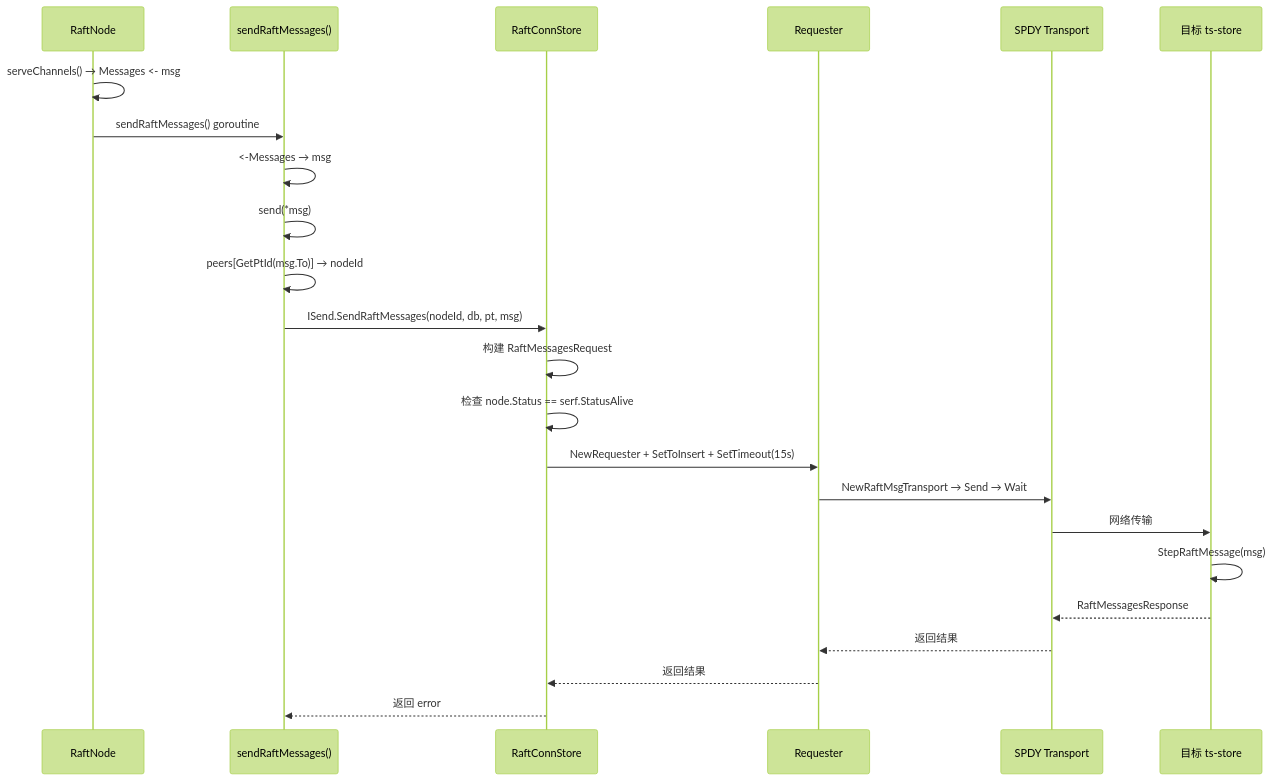
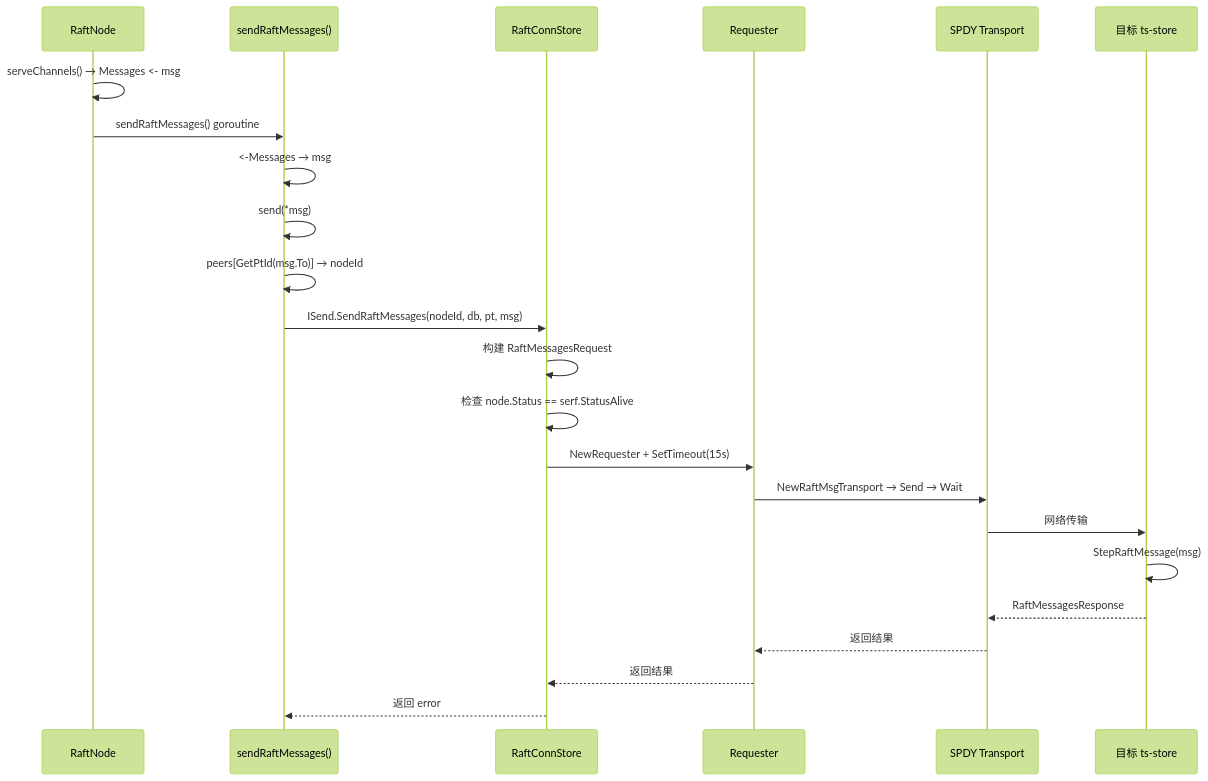
Before and after one commit to stefanv5/openGemini: the sixth of 9 diagrams in docs/specs/33_raftconn_spec.md, drawn with Mermaid (forest theme). The commit also changed other lines of this file and 37 other files, not shown here.

````diff
--- a/docs/specs/33_raftconn_spec.md
+++ b/docs/specs/33_raftconn_spec.md
@@ -654,29 +695,29 @@
 ```mermaid
 sequenceDiagram
     participant RN as RaftNode
     participant Send as sendRaftMessages()
     participant RFS as RaftConnStore
     participant Req as Requester
     participant SP as SPDY Transport
     participant Target as 目标 ts-store
 
     RN->>RN: serveChannels() → Messages <- msg
     RN->>Send: sendRaftMessages() goroutine
     Send->>Send: <-Messages → msg
     Send->>Send: send(*msg)
 
     Send->>Send: peers[GetPtId(msg.To)] → nodeId
     Send->>RFS: ISend.SendRaftMessages(nodeId, db, pt, msg)
 
     RFS->>RFS: 构建 RaftMessagesRequest
     RFS->>RFS: 检查 node.Status == serf.StatusAlive
-    RFS->>Req: NewRequester + SetToInsert + SetTimeout(15s)
+    RFS->>Req: NewRequester + SetTimeout(15s)
     Req->>SP: NewRaftMsgTransport → Send → Wait
     SP->>Target: 网络传输
 
     Target->>Target: StepRaftMessage(msg)
     Target-->>SP: RaftMessagesResponse
     SP-->>Req: 返回结果
     Req-->>RFS: 返回结果
     RFS-->>Send: 返回 error
 ```
````
